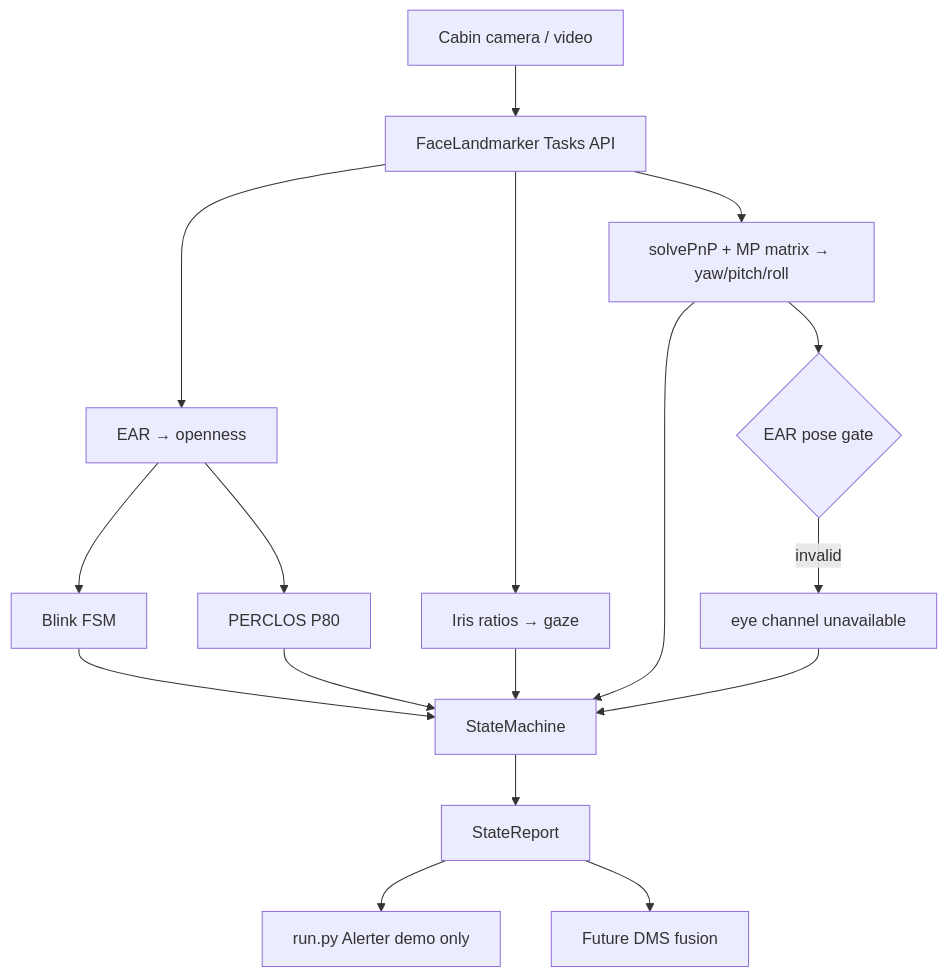
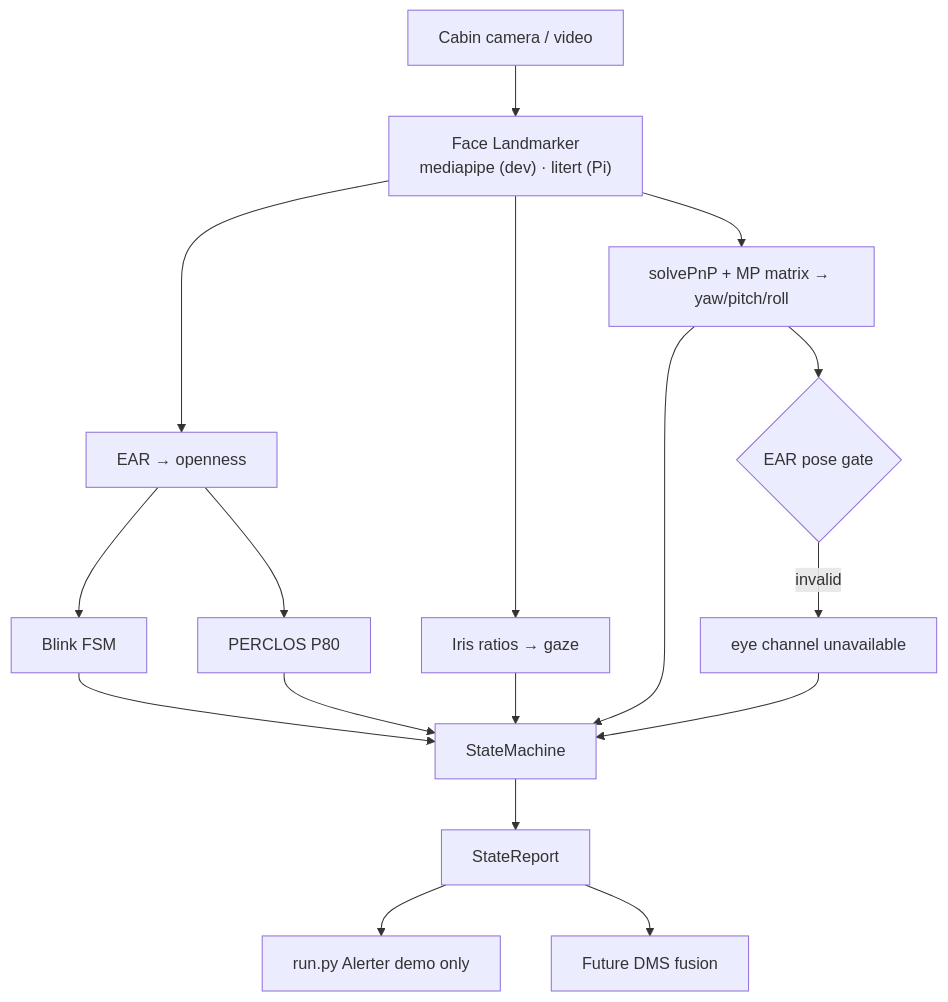
One commit to ziadteama/RTDMS changed the diagram in Subsystems/Face Subsystem.md. Above: the diagram before and after it, drawn with Mermaid. The commit also changed other lines of this file and 4 other files, not shown here.

First line of the commit message:
docs: face live on the Pi via LiteRT; camera attached; measured numbers

````diff
--- a/Subsystems/Face Subsystem.md
+++ b/Subsystems/Face Subsystem.md
@@ -46,19 +49,19 @@
 ```mermaid
 flowchart TD
-  CAM[Cabin camera / video] --> LM[FaceLandmarker Tasks API]
+  CAM[Cabin camera / video] --> LM["Face Landmarker<br/>mediapipe (dev) · litert (Pi)"]
   LM --> EAR[EAR → openness]
   LM --> IRIS[Iris ratios → gaze]
   LM --> POSE[solvePnP + MP matrix → yaw/pitch/roll]
   EAR --> BLINK[Blink FSM]
   EAR --> PER[PERCLOS P80]
   POSE --> GATE{EAR pose gate}
   GATE -->|invalid| DEGRADE[eye channel unavailable]
   BLINK --> SM[StateMachine]
   PER --> SM
   IRIS --> SM
   POSE --> SM
   DEGRADE --> SM
   SM --> REP[StateReport]
   REP --> DEMO[run.py Alerter demo only]
   REP --> FUT[Future DMS fusion]
 ```
````
